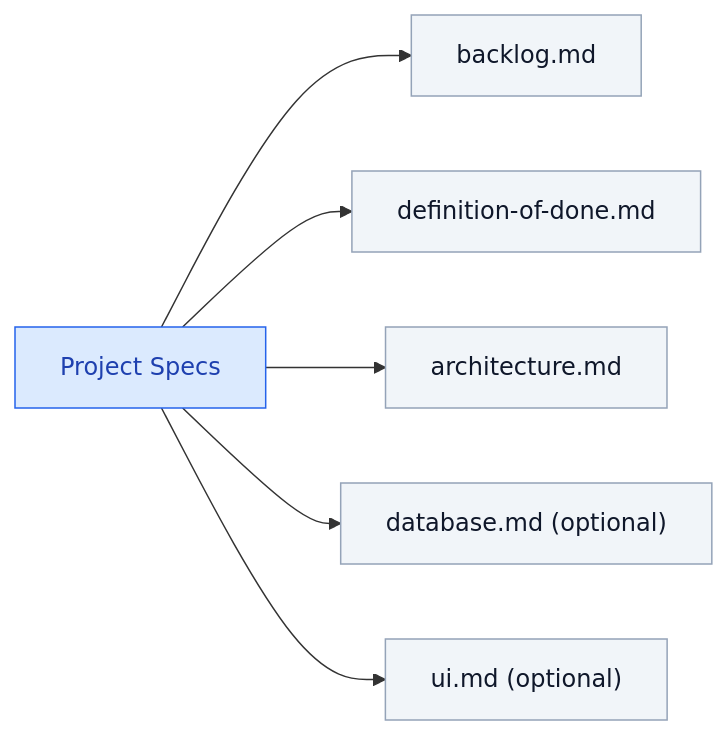
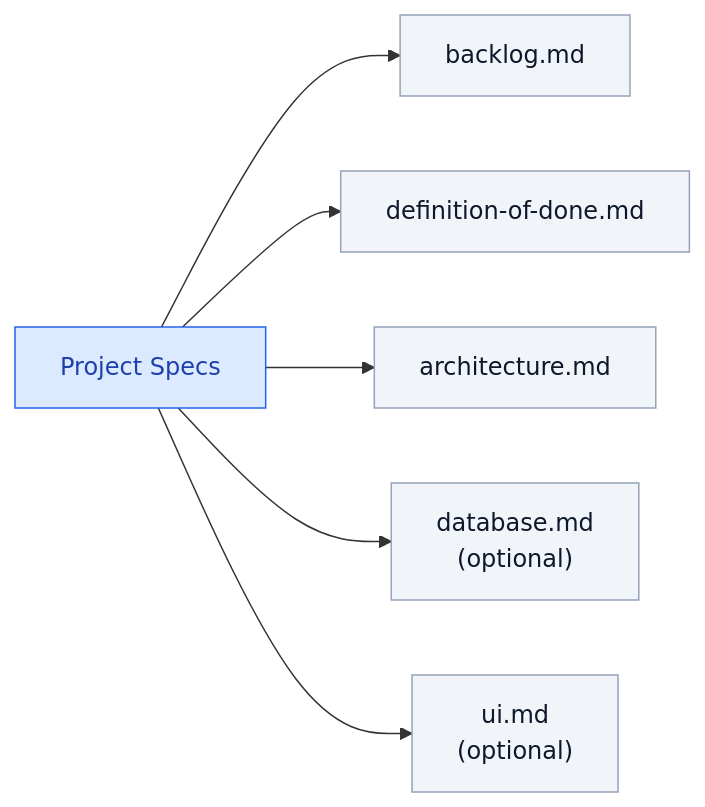
One commit to mtov/AgileSpec changed the fourth of 9 diagrams in README.md. Above: the diagram before and after it, drawn with Mermaid. The commit also changed other lines of this file, not shown here.

Commit message:
docs: improve optional document labels in diagrams

````diff
--- a/README.md
+++ b/README.md
@@ -133,15 +133,15 @@
 ```mermaid
 flowchart LR
     P["Project Specs"]
     P --> B["backlog.md"]
     P --> F["definition-of-done.md"]
     P --> A["architecture.md"]
-    P --> D["database.md (optional)"]
-    P --> U["ui.md (optional)"]
+    P --> D["database.md<br/>(optional)"]
+    P --> U["ui.md<br/>(optional)"]
 
     classDef root fill:#dbeafe,stroke:#2563eb,color:#1e40af
     classDef doc fill:#f1f5f9,stroke:#94a3b8,color:#0f172a
 
     class P root
     class B,A,D,U,F doc
 ```
````
